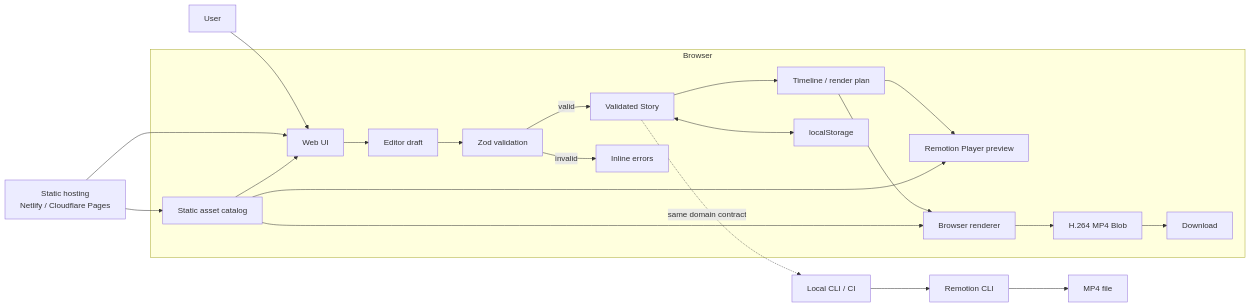
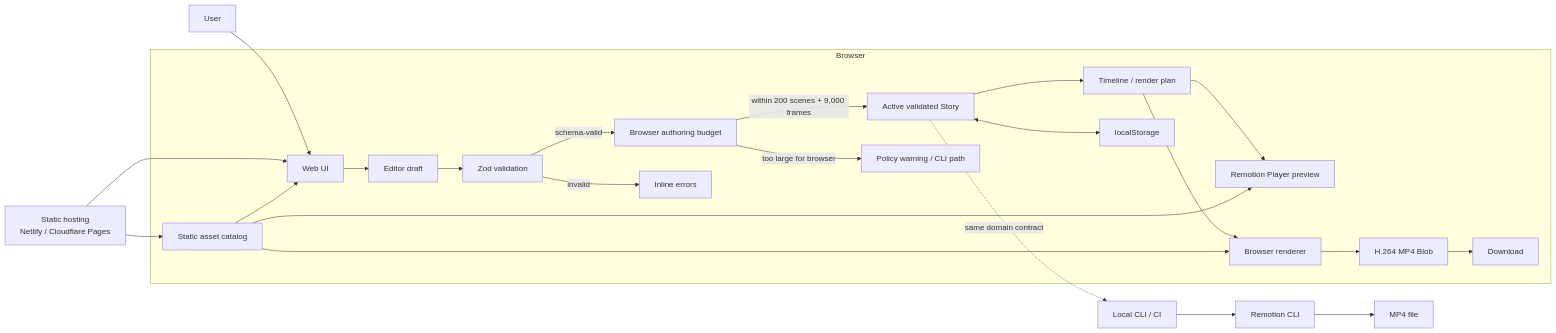
Before and after one commit to juanse-dev/tora-video-engine: the first of 2 diagrams in docs/web/README.md, drawn with Mermaid. The commit also changed other lines of this file, not shown here.

Commit message:
docs: bound browser authoring and preview

```diff
--- a/docs/web/README.md
+++ b/docs/web/README.md
@@ -47,29 +47,31 @@
 ~~~mermaid
 flowchart LR
     U[User] --> UI[Web UI]
 
     H[Static hosting<br/>Netlify / Cloudflare Pages] --> UI
     H --> A[Static asset catalog]
 
     subgraph Browser
       UI --> D[Editor draft]
       D --> V[Zod validation]
-      V -->|valid| S[Validated Story]
+      V -->|schema-valid| B[Browser authoring budget]
       V -->|invalid| E[Inline errors]
+      B -->|within 200 scenes + 9,000 frames| S[Active validated Story]
+      B -->|too large for browser| W[Policy warning / CLI path]
 
       S --> T[Timeline / render plan]
       T --> P[Remotion Player preview]
       T --> R[Browser renderer]
       A --> UI
       A --> P
       A --> R
 
       S <--> L[localStorage]
       R --> M[H.264 MP4 Blob]
       M --> DL[Download]
     end
 
     S -. same domain contract .-> CLI[Local CLI / CI]
     CLI --> RC[Remotion CLI]
     RC --> F[MP4 file]
 ~~~
```
